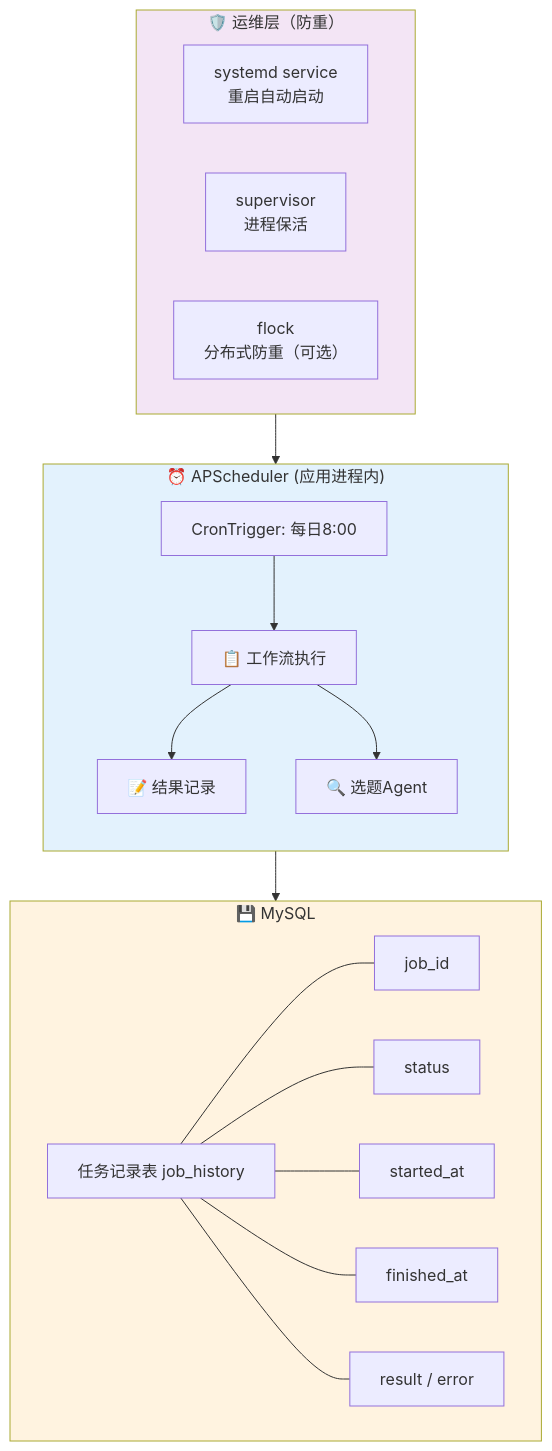
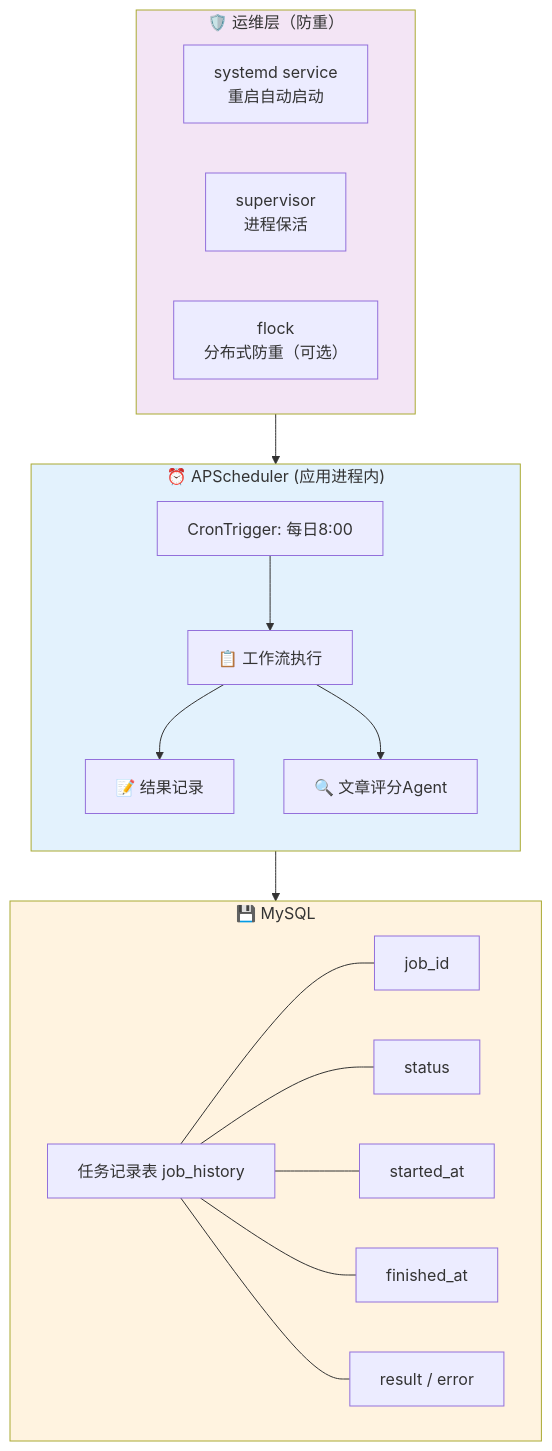
One commit to flyingsnowzz/Multi-Agent-Automatic-Operation-Website changed the first of 2 diagrams in 04-定时任务方案.md. Above: the diagram before and after it, drawn with Mermaid. The commit also changed other lines of this file and 49 other files, not shown here.

````diff
--- a/04-定时任务方案.md
+++ b/04-定时任务方案.md
@@ -100,35 +100,35 @@
 ```mermaid
 flowchart TD
     subgraph SCHEDULER["⏰ APScheduler (应用进程内)"]
         direction TB
         CRON["CronTrigger: 每日8:00"]
         WORKFLOW_EXEC["📋 工作流执行"]
         RESULT_RECORD["📝 结果记录"]
 
         CRON --> WORKFLOW_EXEC --> RESULT_RECORD
-        WORKFLOW_EXEC --> TOPIC["🔍 选题Agent"]
+        WORKFLOW_EXEC --> TOPIC["🔍 文章评分Agent"]
     end
 
     subgraph DATABASE["💾 MySQL"]
         JOB_HISTORY["任务记录表 job_history"]
         JOB_ID["job_id"]
         JOB_STATUS["status"]
         JOB_START["started_at"]
         JOB_END["finished_at"]
         JOB_RESULT["result / error"]
         JOB_HISTORY --- JOB_ID & JOB_STATUS & JOB_START & JOB_END & JOB_RESULT
     end
 
     subgraph OPS["🛡️ 运维层（防重）"]
         SYSTEMD["systemd service\n重启自动启动"]
         SUPERVISOR["supervisor\n进程保活"]
         FLOCK["flock\n分布式防重（可选）"]
     end
 
     RESULT_RECORD --> DATABASE
     OPS --> SCHEDULER
 
     style SCHEDULER fill:#e3f2fd
     style DATABASE fill:#fff3e0
     style OPS fill:#f3e5f5
 ```
````
